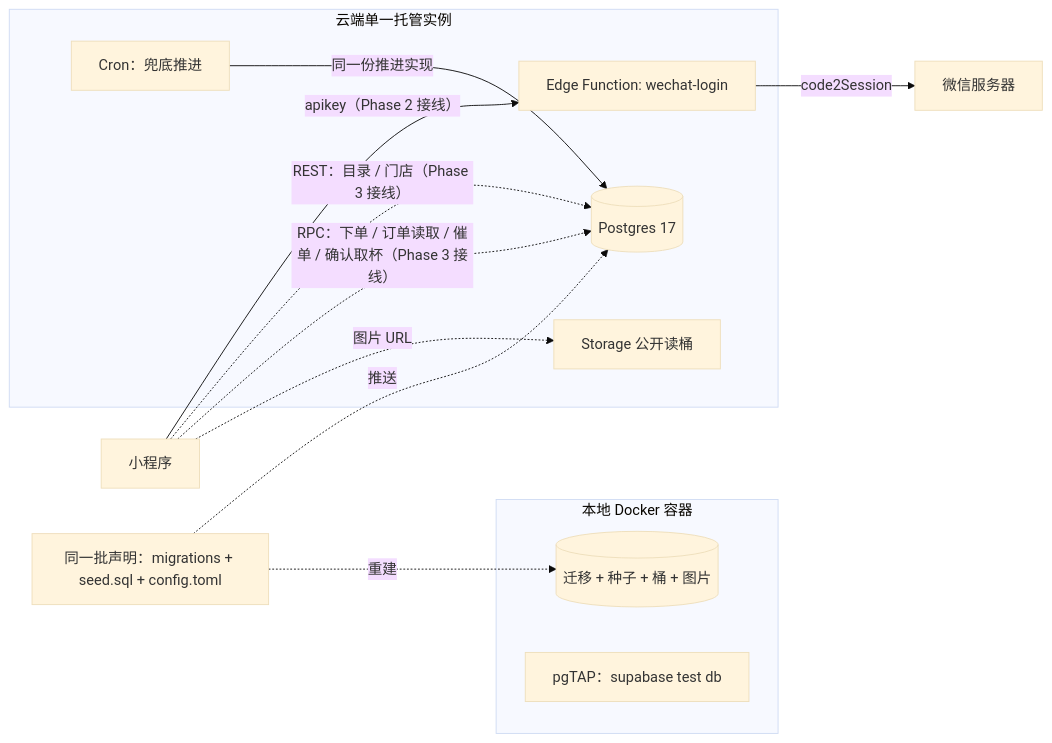
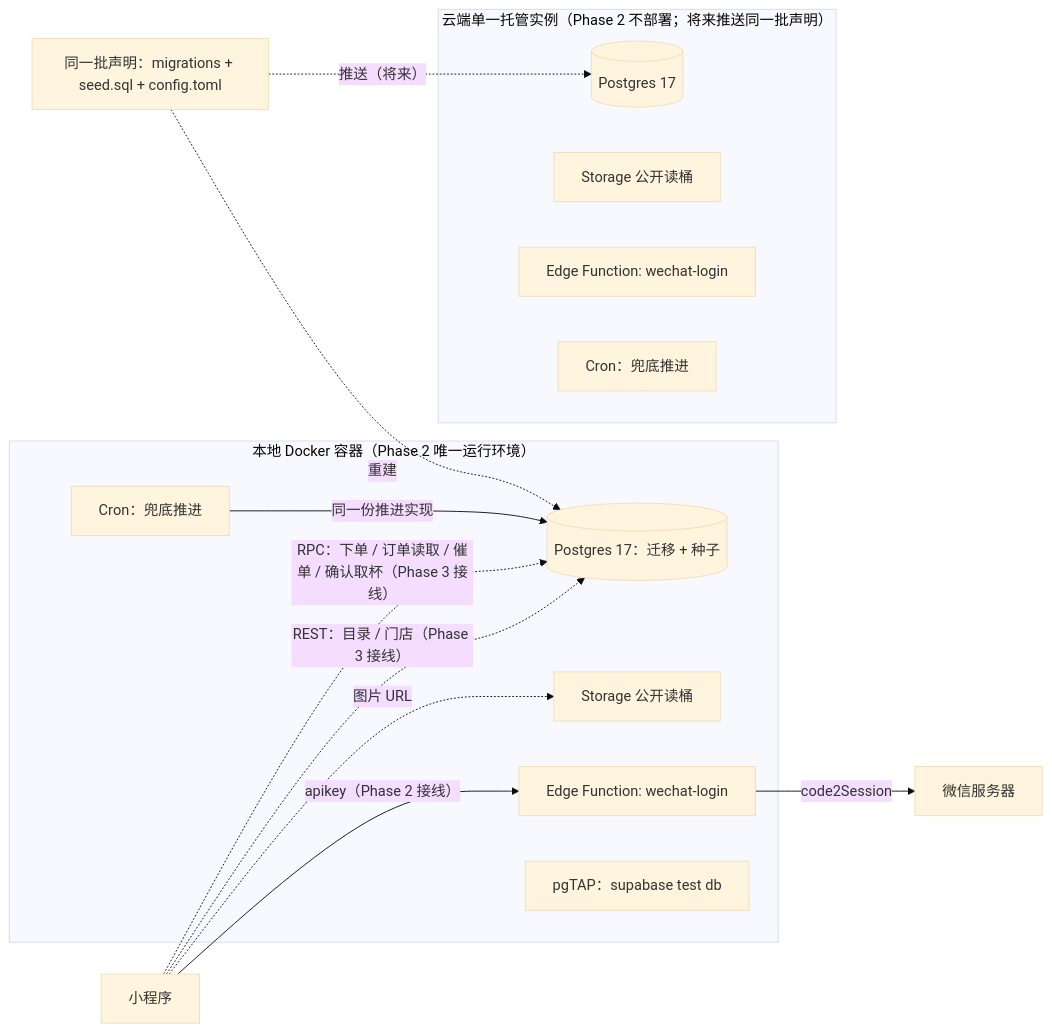
The first of 2 diagrams in docs/phase-2/ARCHITECTURE-SPINE.md (lu-yanpeng/we-order), drawn with Mermaid (base theme) before and after one commit. The commit also changed other lines of this file and 7 other files, not shown here.

````diff
--- a/docs/phase-2/ARCHITECTURE-SPINE.md
+++ b/docs/phase-2/ARCHITECTURE-SPINE.md
@@ -263,21 +263,24 @@
 ```mermaid
 graph LR
-    subgraph local["本地 Docker 容器"]
-        ldb[("迁移 + 种子 + 桶 + 图片")]
+    subgraph local["本地 Docker 容器（Phase 2 唯一运行环境）"]
+        ldb[("Postgres 17：迁移 + 种子")]
+        lstorage["Storage 公开读桶"]
+        lfunc["Edge Function: wechat-login"]
+        lcron["Cron：兜底推进"]
         ltest["pgTAP：supabase test db"]
     end
-    subgraph cloud["云端单一托管实例"]
+    subgraph cloud["云端单一托管实例（Phase 2 不部署；将来推送同一批声明）"]
         db[("Postgres 17")]
         storage["Storage 公开读桶"]
         func["Edge Function: wechat-login"]
         cron["Cron：兜底推进"]
     end
-    mp["小程序"] -->|"apikey（Phase 2 接线）"| func
-    mp -.->|"REST：目录 / 门店（Phase 3 接线）"| db
-    mp -.->|"RPC：下单 / 订单读取 / 催单 / 确认取杯（Phase 3 接线）"| db
-    mp -.->|"图片 URL"| storage
-    func -->|"code2Session"| wx["微信服务器"]
-    cron -->|"同一份推进实现"| db
+    mp["小程序"] -->|"apikey（Phase 2 接线）"| lfunc
+    mp -.->|"REST：目录 / 门店（Phase 3 接线）"| ldb
+    mp -.->|"RPC：下单 / 订单读取 / 催单 / 确认取杯（Phase 3 接线）"| ldb
+    mp -.->|"图片 URL"| lstorage
+    lfunc -->|"code2Session"| wx["微信服务器"]
+    lcron -->|"同一份推进实现"| ldb
     decl["同一批声明：migrations + seed.sql + config.toml"] -.->|"重建"| ldb
-    decl -.->|"推送"| db
+    decl -.->|"推送（将来）"| db
 ```
````
